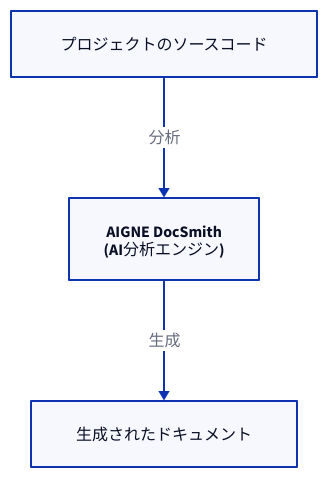
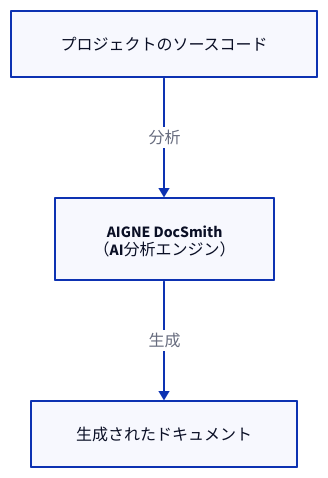
The diagram in docs/overview.ja.md (AIGNE-io/aigne-doc-smith), drawn with D2 before and after one commit. The commit also changed other lines of this file and 17 other files, not shown here.

````diff
--- a/docs/overview.ja.md
+++ b/docs/overview.ja.md
@@ -11,21 +11,21 @@
 ```d2
 direction: down
 
 Source-Code: {
   label: "プロジェクトのソースコード"
   shape: rectangle
 }
 
 DocSmith: {
-  label: "AIGNE DocSmith\n(AI分析エンジン)"
+  label: "AIGNE DocSmith\n（AI分析エンジン）"
   shape: rectangle
 }
 
 Docs: {
   label: "生成されたドキュメント"
   shape: rectangle
 }
 
 Source-Code -> DocSmith: "分析"
 DocSmith -> Docs: "生成"
 ```
````
